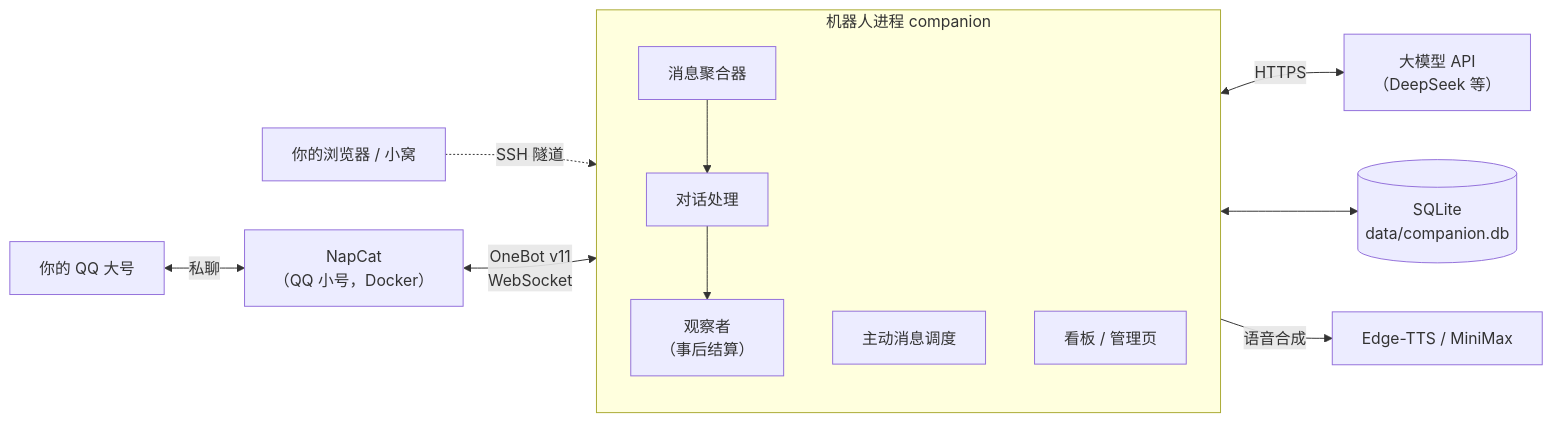
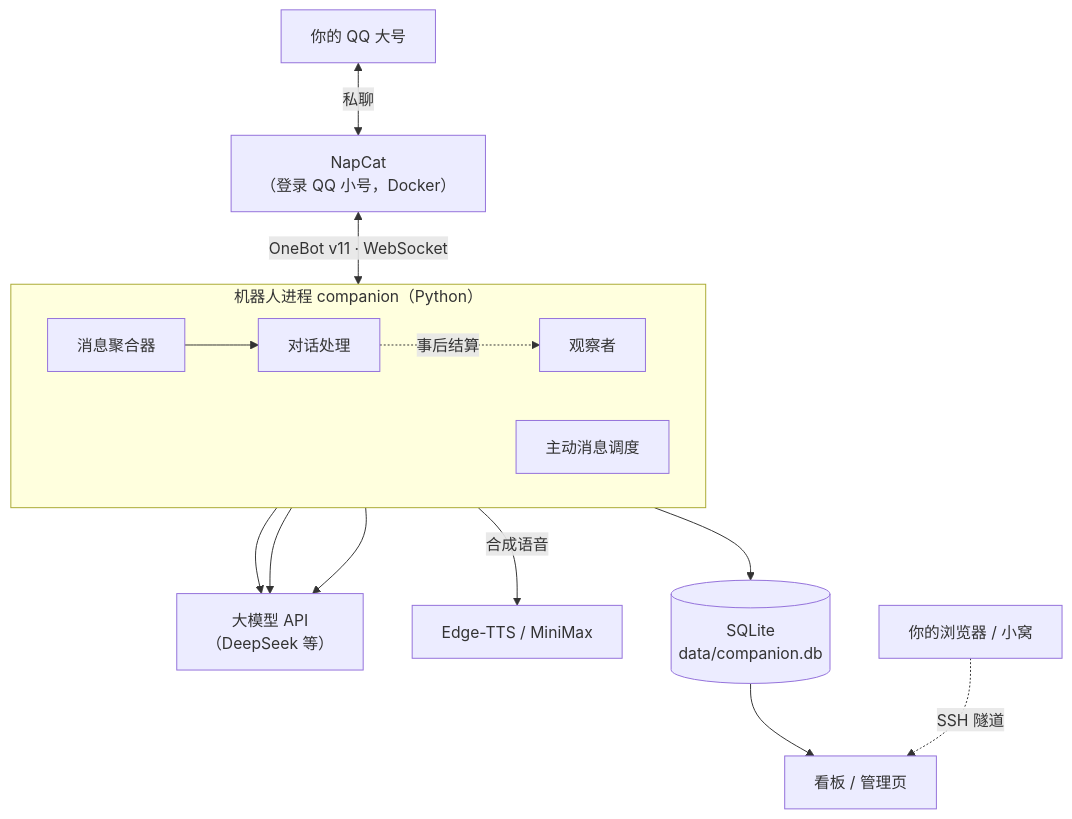
The first of 10 diagrams in docs/ARCHITECTURE.md (xinghefumeng0717/qq-companion-bot), drawn with Mermaid before and after one commit. The commit also changed other lines of this file and 11 other files, not shown here.

First line of the commit message:
原理篇：图改为图片（手机 App 不渲染 Mermaid），源码折叠保留

````diff
--- a/docs/ARCHITECTURE.md
+++ b/docs/ARCHITECTURE.md
@@ -27,16 +32,18 @@
 ```mermaid
-flowchart LR
-    U["你的 QQ 大号"] <-->|私聊| N["NapCat<br/>（QQ 小号，Docker）"]
-    N <-->|"OneBot v11<br/>WebSocket"| B
-    subgraph B["机器人进程 companion"]
-        direction TB
+flowchart TB
+    U["你的 QQ 大号"] <-->|"私聊"| N["NapCat<br/>（登录 QQ 小号，Docker）"]
+    N <-->|"OneBot v11 · WebSocket"| AG
+    subgraph B["机器人进程 companion（Python）"]
+        direction LR
         AG["消息聚合器"] --> TH["对话处理"]
-        TH --> OB["观察者<br/>（事后结算）"]
+        TH -.->|"事后结算"| OB["观察者"]
         PR["主动消息调度"]
-        AD["看板 / 管理页"]
     end
-    B <-->|HTTPS| L["大模型 API<br/>（DeepSeek 等）"]
-    B <--> DB[("SQLite<br/>data/companion.db")]
-    B -->|"语音合成"| T["Edge-TTS / MiniMax"]
+    TH --> L["大模型 API<br/>（DeepSeek 等）"]
+    OB --> L
+    PR --> L
+    TH -->|"合成语音"| T["Edge-TTS / MiniMax"]
+    OB --> DB[("SQLite<br/>data/companion.db")]
+    DB --> AD["看板 / 管理页"]
     Y["你的浏览器 / 小窝"] -.->|"SSH 隧道"| AD
 ```
````
